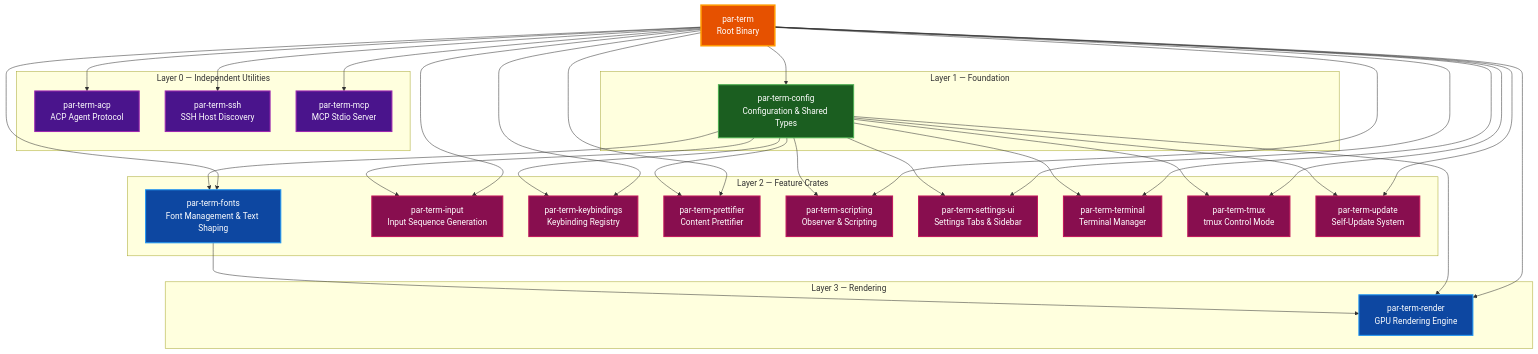
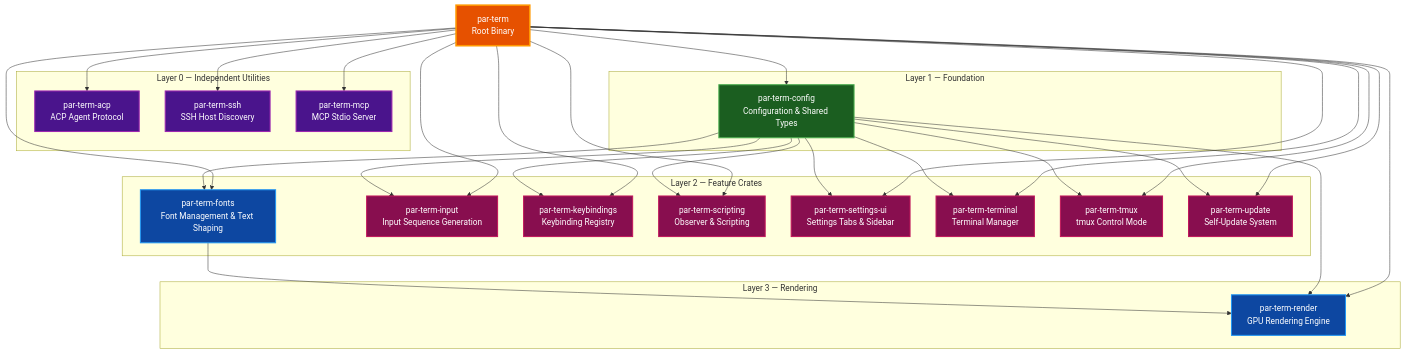
The diagram in docs/CRATE_STRUCTURE.md (paulrobello/par-term), drawn with Mermaid before and after one commit. The commit also changed other lines of this file and 192 other files, not shown here.

Commit message:
refactor(prettifier): remove content prettifier

````diff
--- a/docs/CRATE_STRUCTURE.md
+++ b/docs/CRATE_STRUCTURE.md
@@ -32,74 +32,70 @@
 ```mermaid
 graph TD
     Main[par-term<br>Root Binary]
 
     subgraph "Layer 0 — Independent Utilities"
         ACP[par-term-acp<br>ACP Agent Protocol]
         SSH[par-term-ssh<br>SSH Host Discovery]
         MCP[par-term-mcp<br>MCP Stdio Server]
     end
 
     subgraph "Layer 1 — Foundation"
         Config[par-term-config<br>Configuration & Shared Types]
     end
 
     subgraph "Layer 2 — Feature Crates"
         Fonts[par-term-fonts<br>Font Management & Text Shaping]
         Input[par-term-input<br>Input Sequence Generation]
         Keybind[par-term-keybindings<br>Keybinding Registry]
-        Prettifier[par-term-prettifier<br>Content Prettifier]
         Scripting[par-term-scripting<br>Observer & Scripting]
         Settings[par-term-settings-ui<br>Settings Tabs & Sidebar]
         Terminal[par-term-terminal<br>Terminal Manager]
         Tmux[par-term-tmux<br>tmux Control Mode]
         Update[par-term-update<br>Self-Update System]
     end
 
     subgraph "Layer 3 — Rendering"
         Render[par-term-render<br>GPU Rendering Engine]
     end
 
     Config --> Fonts
     Config --> Input
     Config --> Keybind
-    Config --> Prettifier
     Config --> Scripting
     Config --> Settings
     Config --> Terminal
     Config --> Tmux
     Config --> Update
 
     Fonts --> Render
     Config --> Render
 
     Main --> ACP
     Main --> Config
     Main --> Fonts
     Main --> Input
     Main --> Keybind
     Main --> MCP
-    Main --> Prettifier
     Main --> Render
     Main --> Scripting
     Main --> Settings
     Main --> SSH
     Main --> Terminal
     Main --> Tmux
     Main --> Update
 
     style Main fill:#e65100,stroke:#ff9800,stroke-width:3px,color:#ffffff
     style ACP fill:#4a148c,stroke:#9c27b0,stroke-width:2px,color:#ffffff
     style SSH fill:#4a148c,stroke:#9c27b0,stroke-width:2px,color:#ffffff
     style MCP fill:#4a148c,stroke:#9c27b0,stroke-width:2px,color:#ffffff
     style Config fill:#1b5e20,stroke:#4caf50,stroke-width:2px,color:#ffffff
     style Fonts fill:#0d47a1,stroke:#2196f3,stroke-width:2px,color:#ffffff
     style Input fill:#880e4f,stroke:#c2185b,stroke-width:2px,color:#ffffff
     style Keybind fill:#880e4f,stroke:#c2185b,stroke-width:2px,color:#ffffff
     style Scripting fill:#880e4f,stroke:#c2185b,stroke-width:2px,color:#ffffff
     style Settings fill:#880e4f,stroke:#c2185b,stroke-width:2px,color:#ffffff
     style Terminal fill:#880e4f,stroke:#c2185b,stroke-width:2px,color:#ffffff
     style Tmux fill:#880e4f,stroke:#c2185b,stroke-width:2px,color:#ffffff
-    style Prettifier fill:#880e4f,stroke:#c2185b,stroke-width:2px,color:#ffffff
     style Update fill:#880e4f,stroke:#c2185b,stroke-width:2px,color:#ffffff
     style Render fill:#0d47a1,stroke:#2196f3,stroke-width:2px,color:#ffffff
 ```
````
